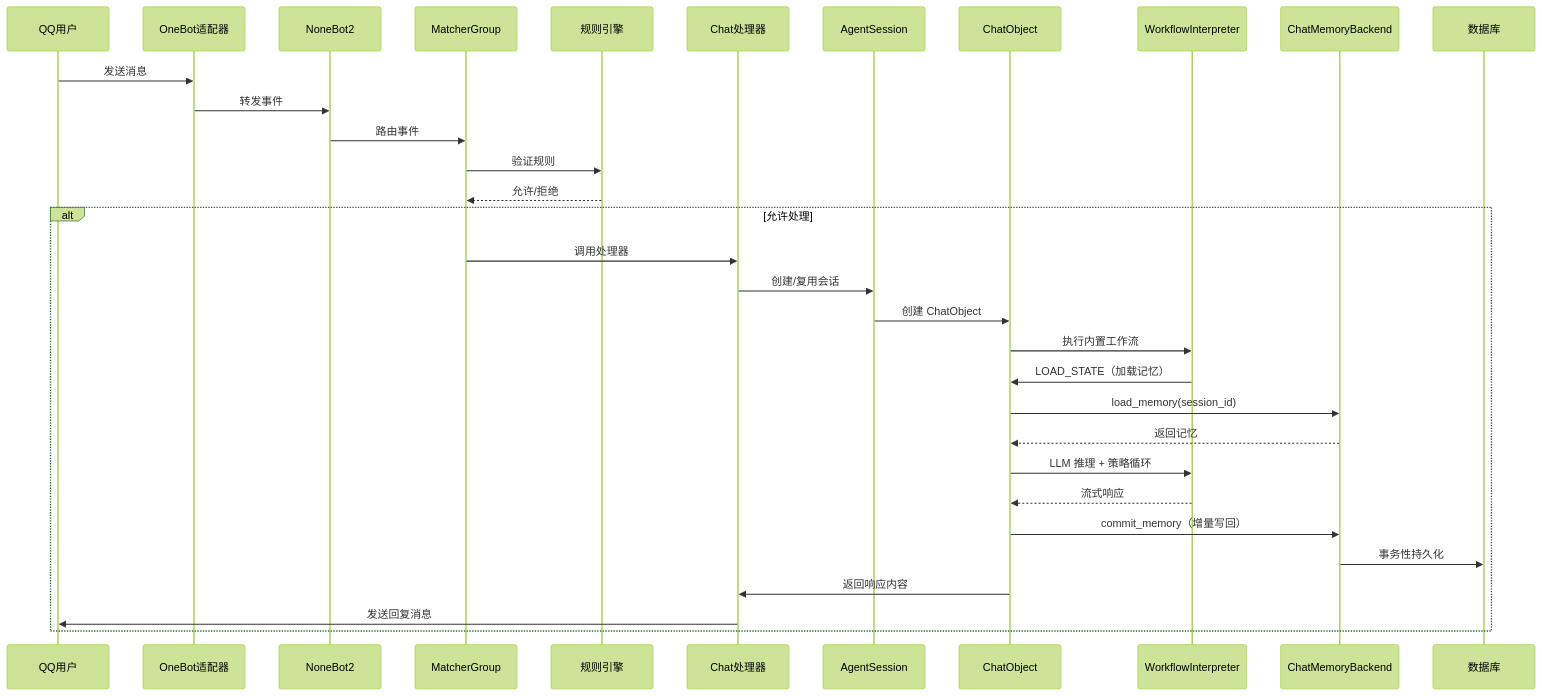
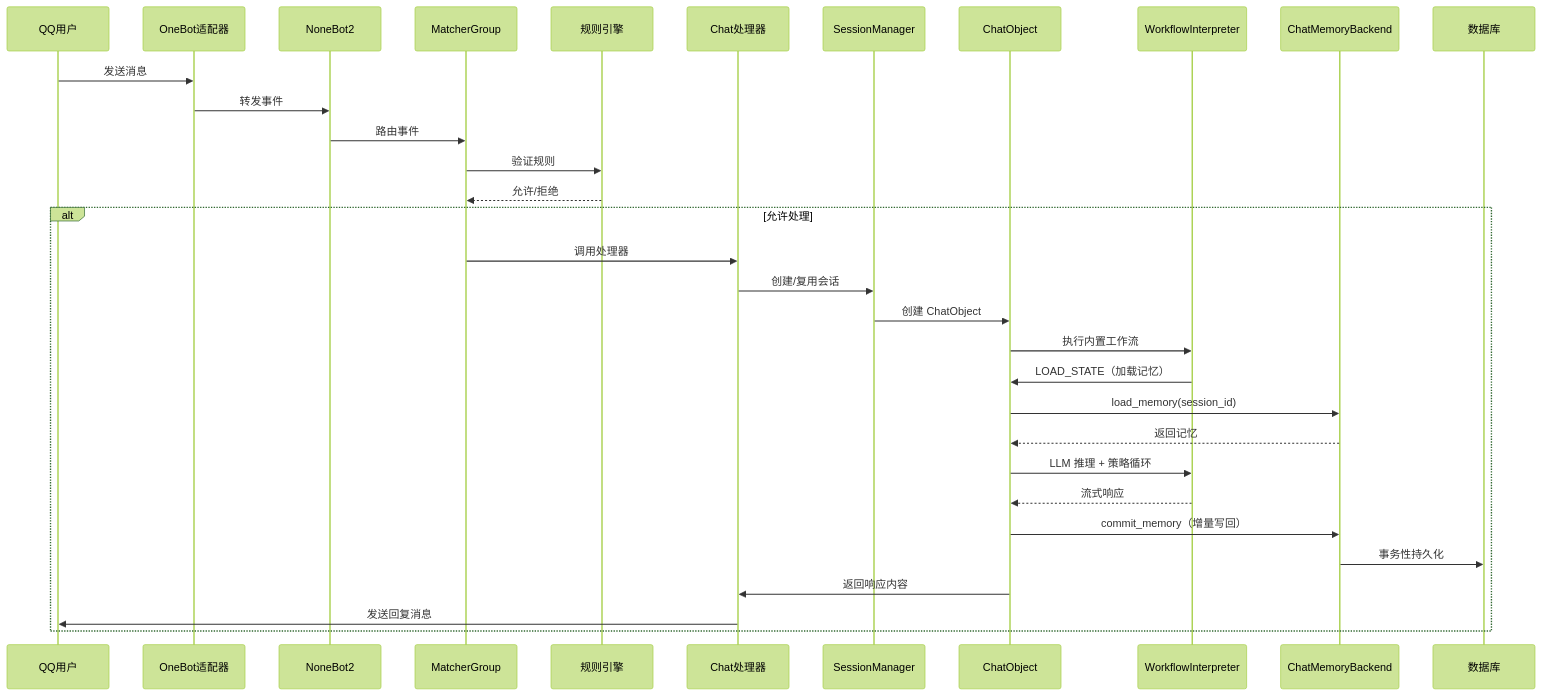
The third of 5 diagrams in docs/amrita/advanced/architecture.md (AmritaBot/amrita-docs), drawn with Mermaid (forest theme) before and after one commit. The commit also changed other lines of this file and 2 other files, not shown here.

````diff
--- a/docs/amrita/advanced/architecture.md
+++ b/docs/amrita/advanced/architecture.md
@@ -126,35 +153,35 @@
 ```mermaid
 sequenceDiagram
     participant User as QQ用户
     participant Adapter as OneBot适配器
     participant NoneBot as NoneBot2
     participant Matcher as MatcherGroup
     participant Rule as 规则引擎
     participant Chat as Chat处理器
-    participant Session as AgentSession
+    participant Session as SessionManager
     participant Object as ChatObject
     participant WF as WorkflowInterpreter
     participant Backend as ChatMemoryBackend
     participant DB as 数据库
 
     User->>Adapter: 发送消息
     Adapter->>NoneBot: 转发事件
     NoneBot->>Matcher: 路由事件
     Matcher->>Rule: 验证规则
     Rule-->>Matcher: 允许/拒绝
     alt 允许处理
         Matcher->>Chat: 调用处理器
         Chat->>Session: 创建/复用会话
         Session->>Object: 创建 ChatObject
         Object->>WF: 执行内置工作流
         WF->>Object: LOAD_STATE（加载记忆）
         Object->>Backend: load_memory(session_id)
         Backend-->>Object: 返回记忆
         Object->>WF: LLM 推理 + 策略循环
         WF-->>Object: 流式响应
         Object->>Backend: commit_memory（增量写回）
         Backend->>DB: 事务性持久化
         Object->>Chat: 返回响应内容
         Chat->>User: 发送回复消息
     end
 ```
````
